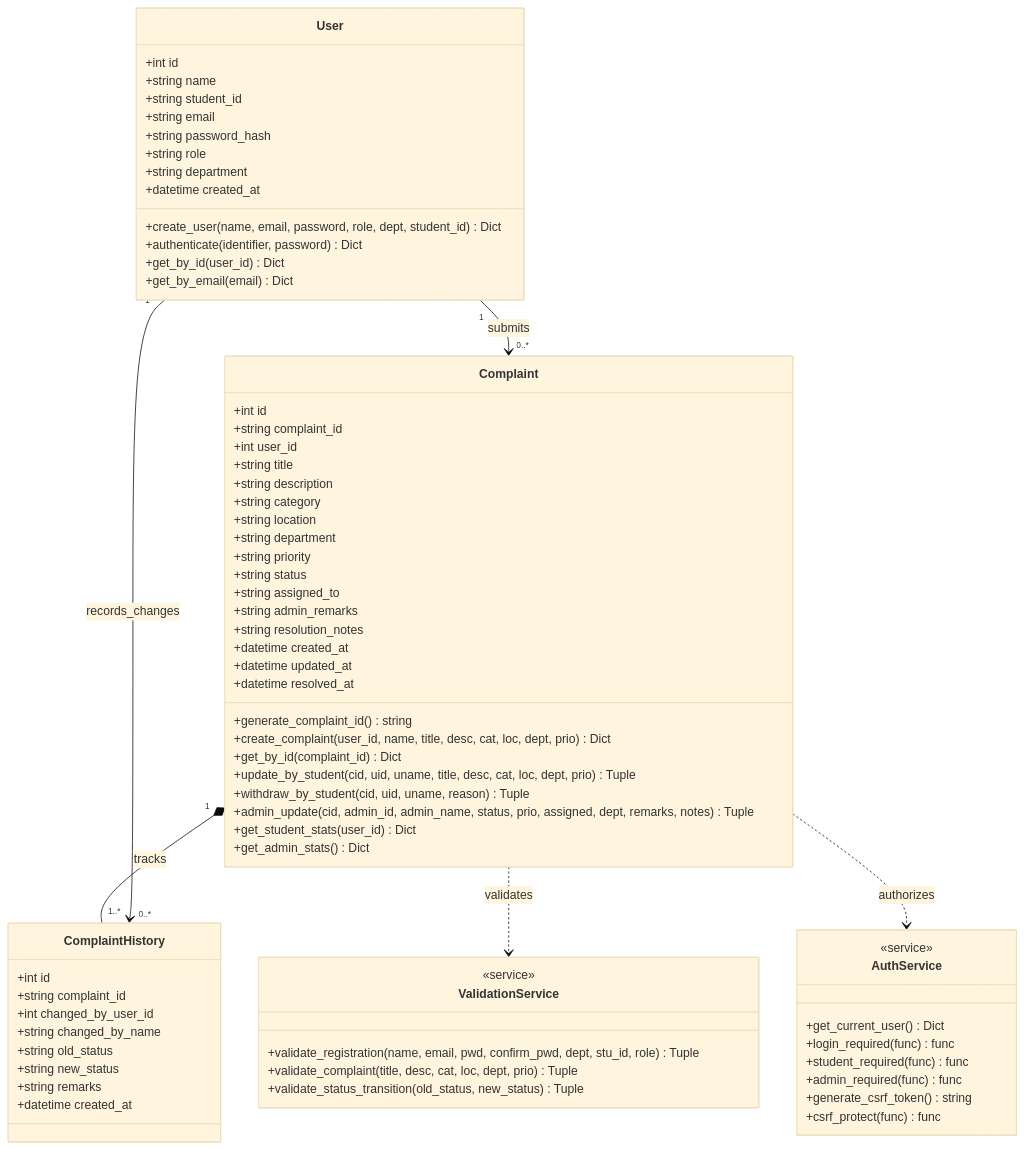
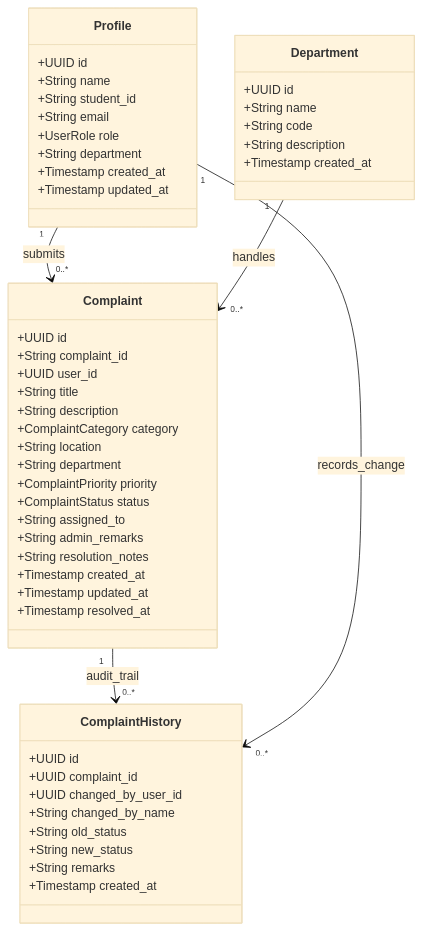
Before and after one commit to jenisia-tech/Campus-Complaint-management-: the third of 5 diagrams in docs/CO2_UML_Design.md, drawn with Mermaid (base theme). The commit also changed other lines of this file and 151 other files, not shown here.

````diff
--- a/docs/CO2_UML_Design.md
+++ b/docs/CO2_UML_Design.md
@@ -79,78 +101,56 @@
 ```mermaid
 classDiagram
-    class User {
-        +int id
-        +string name
-        +string student_id
-        +string email
-        +string password_hash
-        +string role
-        +string department
-        +datetime created_at
-        +create_user(name, email, password, role, dept, student_id) Dict
-        +authenticate(identifier, password) Dict
-        +get_by_id(user_id) Dict
-        +get_by_email(email) Dict
+    class Profile {
+        +UUID id
+        +String name
+        +String student_id
+        +String email
+        +UserRole role
+        +String department
+        +Timestamp created_at
+        +Timestamp updated_at
     }
 
     class Complaint {
-        +int id
-        +string complaint_id
-        +int user_id
-        +string title
-        +string description
-        +string category
-        +string location
-        +string department
-        +string priority
-        +string status
-        +string assigned_to
-        +string admin_remarks
-        +string resolution_notes
-        +datetime created_at
-        +datetime updated_at
-        +datetime resolved_at
-        +generate_complaint_id() string
-        +create_complaint(user_id, name, title, desc, cat, loc, dept, prio) Dict
-        +get_by_id(complaint_id) Dict
-        +update_by_student(cid, uid, uname, title, desc, cat, loc, dept, prio) Tuple
-        +withdraw_by_student(cid, uid, uname, reason) Tuple
-        +admin_update(cid, admin_id, admin_name, status, prio, assigned, dept, remarks, notes) Tuple
-        +get_student_stats(user_id) Dict
-        +get_admin_stats() Dict
+        +UUID id
+        +String complaint_id
+        +UUID user_id
+        +String title
+        +String description
+        +ComplaintCategory category
+        +String location
+        +String department
+        +ComplaintPriority priority
+        +ComplaintStatus status
+        +String assigned_to
+        +String admin_remarks
+        +String resolution_notes
+        +Timestamp created_at
+        +Timestamp updated_at
+        +Timestamp resolved_at
     }
 
     class ComplaintHistory {
-        +int id
-        +string complaint_id
-        +int changed_by_user_id
-        +string changed_by_name
-        +string old_status
-        +string new_status
-        +string remarks
-        +datetime created_at
+        +UUID id
+        +UUID complaint_id
+        +UUID changed_by_user_id
+        +String changed_by_name
+        +String old_status
+        +String new_status
+        +String remarks
+        +Timestamp created_at
     }
 
-    class ValidationService {
-        <<service>>
-        +validate_registration(name, email, pwd, confirm_pwd, dept, stu_id, role) Tuple
-        +validate_complaint(title, desc, cat, loc, dept, prio) Tuple
-        +validate_status_transition(old_status, new_status) Tuple
+    class Department {
+        +UUID id
+        +String name
+        +String code
+        +String description
+        +Timestamp created_at
     }
 
-    class AuthService {
-        <<service>>
-        +get_current_user() Dict
-        +login_required(func) func
-        +student_required(func) func
-        +admin_required(func) func
-        +generate_csrf_token() string
-        +csrf_protect(func) func
-    }
-
-    User "1" --> "0..*" Complaint : submits
-    Complaint "1" *-- "1..*" ComplaintHistory : tracks
-    User "1" --> "0..*" ComplaintHistory : records_changes
-    Complaint ..> ValidationService : validates
-    Complaint ..> AuthService : authorizes
+    Profile "1" --> "0..*" Complaint : submits
+    Complaint "1" --> "0..*" ComplaintHistory : audit_trail
+    Profile "1" --> "0..*" ComplaintHistory : records_change
+    Department "1" --> "0..*" Complaint : handles
 ```
````
